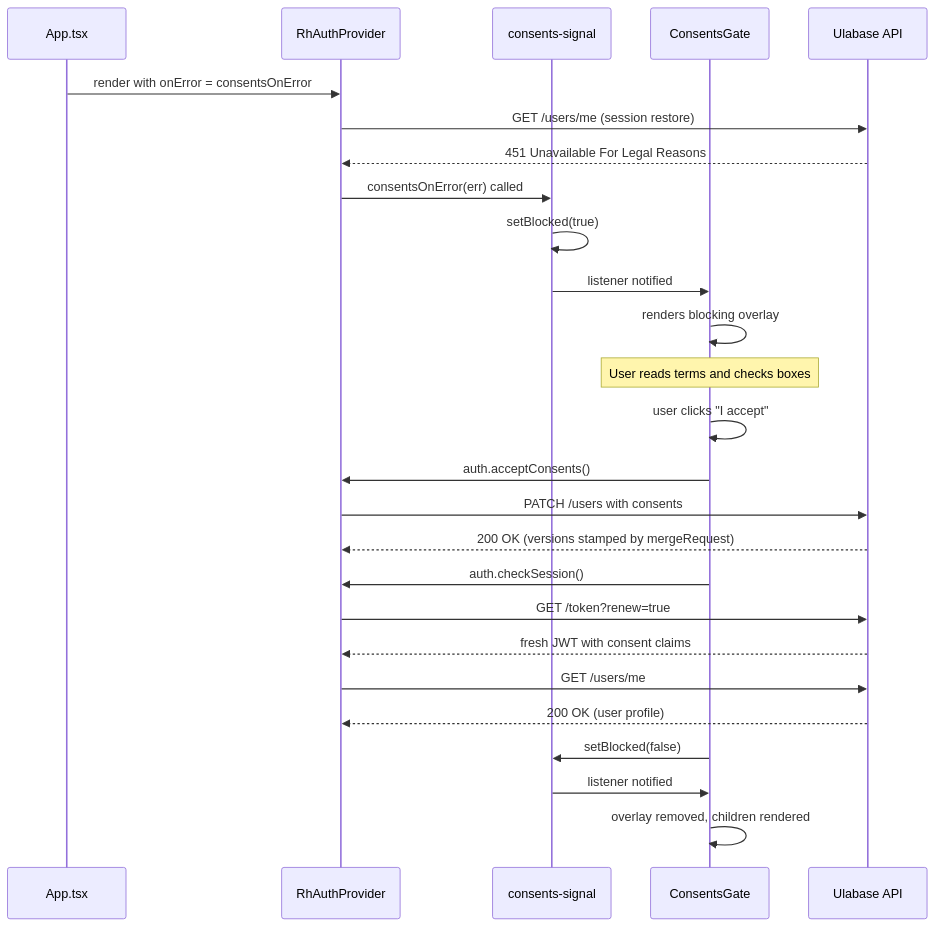
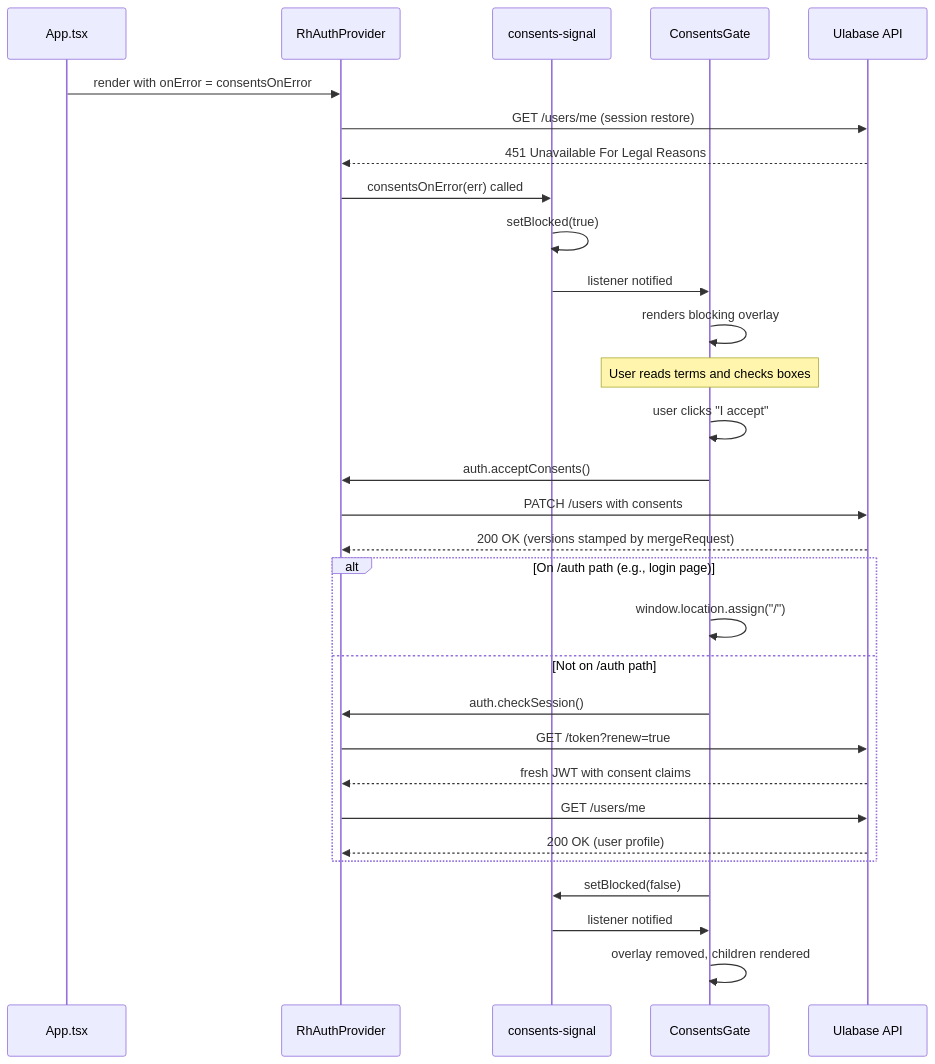
The diagram in openwiki/domain/auth-and-teams.md (ulabase/starter-react), drawn with Mermaid before and after one commit. The commit also changed other lines of this file and 15 other files, not shown here.

````diff
--- a/openwiki/domain/auth-and-teams.md
+++ b/openwiki/domain/auth-and-teams.md
@@ -282,29 +284,33 @@
 ```mermaid
 sequenceDiagram
     participant App as App.tsx
     participant RAP as RhAuthProvider
     participant Signal as consents-signal
     participant Gate as ConsentsGate
     participant API as Ulabase API
 
     App->>RAP: render with onError = consentsOnError
     RAP->>API: GET /users/me (session restore)
     API-->>RAP: 451 Unavailable For Legal Reasons
     RAP->>Signal: consentsOnError(err) called
     Signal->>Signal: setBlocked(true)
     Signal->>Gate: listener notified
     Gate->>Gate: renders blocking overlay
     Note over Gate: User reads terms and checks boxes
     Gate->>Gate: user clicks "I accept"
     Gate->>RAP: auth.acceptConsents()
     RAP->>API: PATCH /users with consents
     API-->>RAP: 200 OK (versions stamped by mergeRequest)
-    Gate->>RAP: auth.checkSession()
-    RAP->>API: GET /token?renew=true
-    API-->>RAP: fresh JWT with consent claims
-    RAP->>API: GET /users/me
-    API-->>RAP: 200 OK (user profile)
+    alt On /auth path (e.g., login page)
+        Gate->>Gate: window.location.assign("/")
+    else Not on /auth path
+        Gate->>RAP: auth.checkSession()
+        RAP->>API: GET /token?renew=true
+        API-->>RAP: fresh JWT with consent claims
+        RAP->>API: GET /users/me
+        API-->>RAP: 200 OK (user profile)
+    end
     Gate->>Signal: setBlocked(false)
     Signal->>Gate: listener notified
     Gate->>Gate: overlay removed, children rendered
 ```
````
